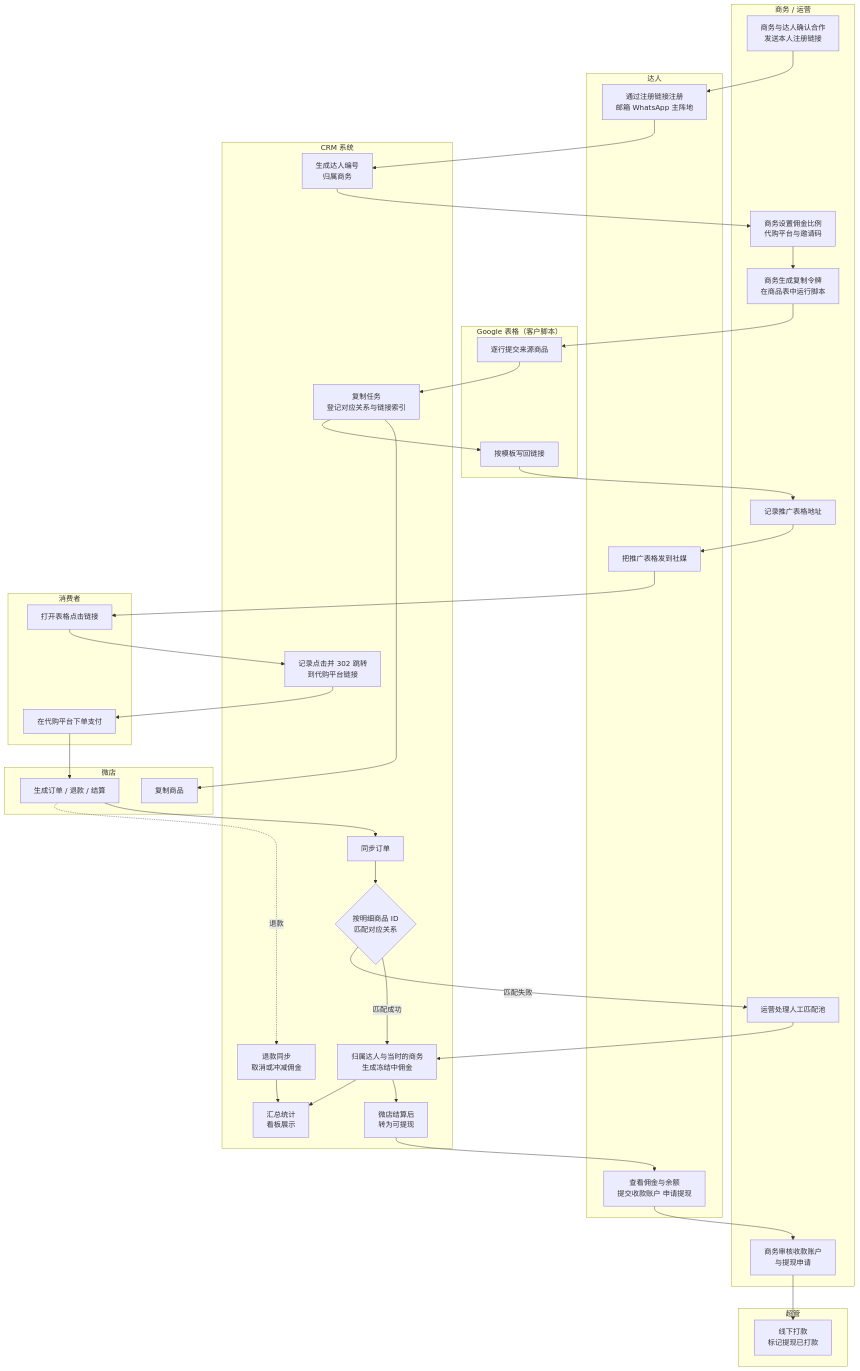
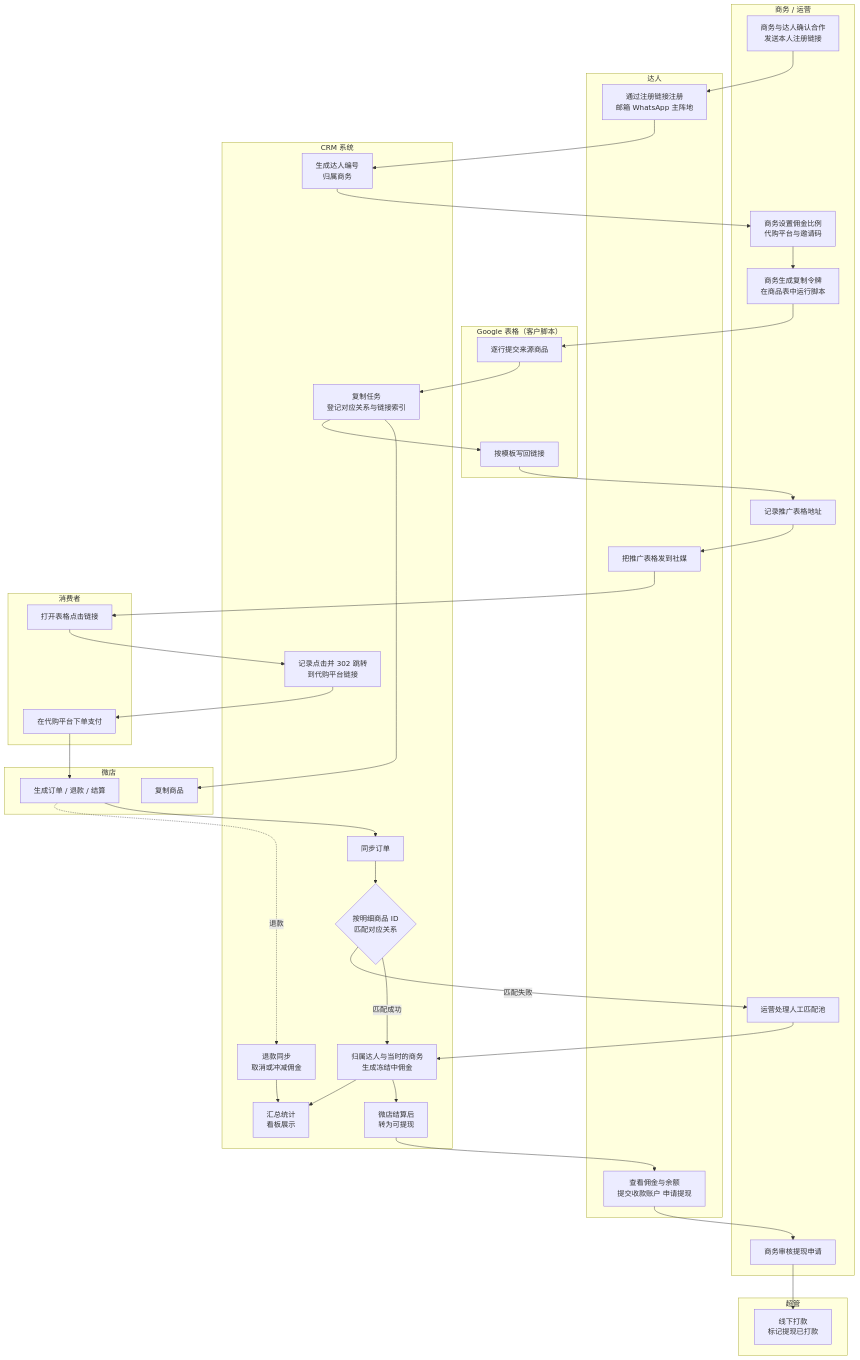
The second of 6 diagrams in docs/03-设计/系统详细设计说明书.md (ksws00684315/t-crm), drawn with Mermaid before and after one commit. The commit also changed other lines of this file and 68 other files, not shown here.

````diff
--- a/docs/03-设计/系统详细设计说明书.md
+++ b/docs/03-设计/系统详细设计说明书.md
@@ -379,49 +379,49 @@
 ```mermaid
 flowchart TB
   subgraph 商务运营[商务 / 运营]
     A1[商务与达人确认合作<br/>发送本人注册链接]
     A3[商务设置佣金比例<br/>代购平台与邀请码]
     A4[商务生成复制令牌<br/>在商品表中运行脚本]
     A6[记录推广表格地址]
     A9[运营处理人工匹配池]
-    A10[商务审核收款账户<br/>与提现申请]
+    A10[商务审核提现申请]
   end
   subgraph 达人
     K1[通过注册链接注册<br/>邮箱 WhatsApp 主阵地]
     K2[把推广表格发到社媒]
     K3[查看佣金与余额<br/>提交收款账户 申请提现]
   end
   subgraph Google[Google 表格（客户脚本）]
     G1[逐行提交来源商品]
     G2[按模板写回链接]
   end
   subgraph CRM[CRM 系统]
     B1[生成达人编号<br/>归属商务]
     B3[复制任务<br/>登记对应关系与链接索引]
     B5[记录点击并 302 跳转<br/>到代购平台链接]
     B6[同步订单] --> B7{按明细商品 ID<br/>匹配对应关系}
     B7 -->|匹配成功| B8[归属达人与当时的商务<br/>生成冻结中佣金]
     B7 -->|匹配失败| A9
     A9 --> B8
     B8 --> B9[微店结算后<br/>转为可提现]
     B10[退款同步<br/>取消或冲减佣金]
     B11[汇总统计<br/>看板展示]
   end
   subgraph 超管
     S1[线下打款<br/>标记提现已打款]
   end
   subgraph 微店
     W0[复制商品]
     W2[生成订单 / 退款 / 结算]
   end
   subgraph 消费者
     C1[打开表格点击链接]
     C3[在代购平台下单支付]
   end
   A1 --> K1 --> B1 --> A3 --> A4 --> G1 --> B3 --> W0
   B3 --> G2 --> A6 --> K2 --> C1 --> B5 --> C3 --> W2 --> B6
   W2 -.退款.-> B10
   B8 --> B11
   B10 --> B11
   B9 --> K3 --> A10 --> S1
 ```
````
